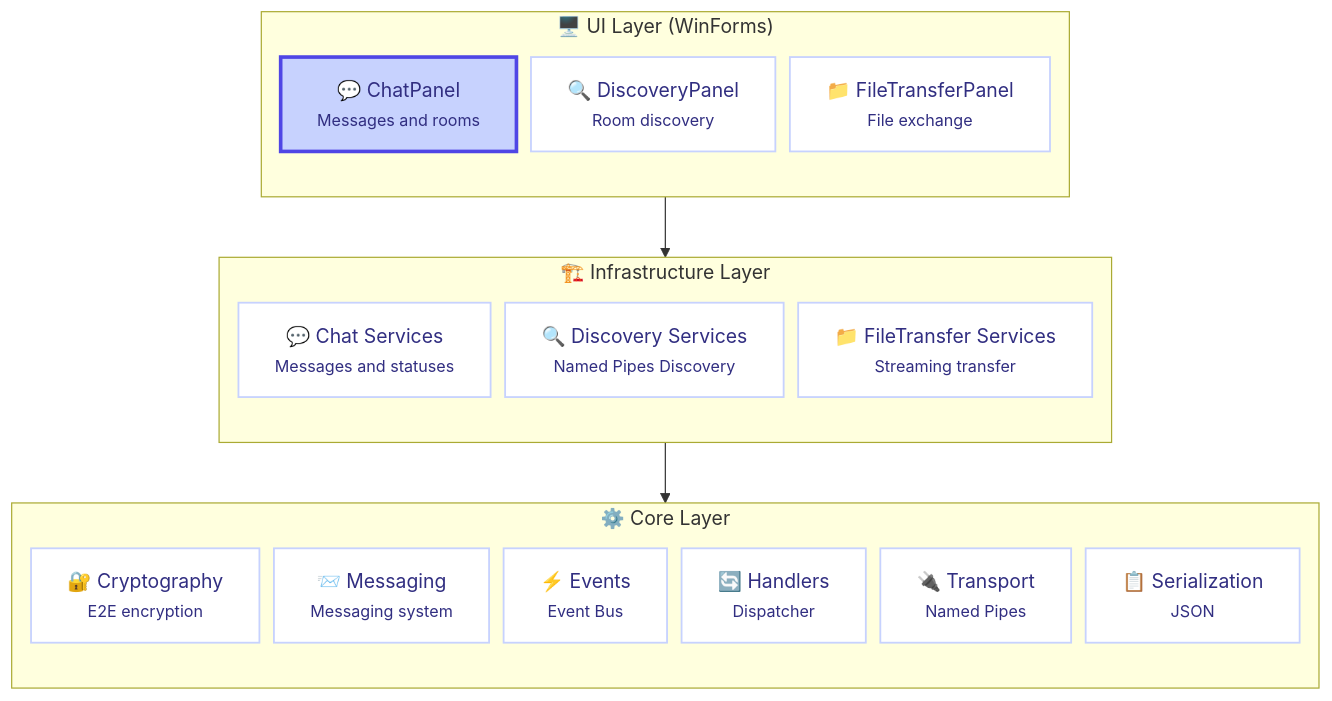
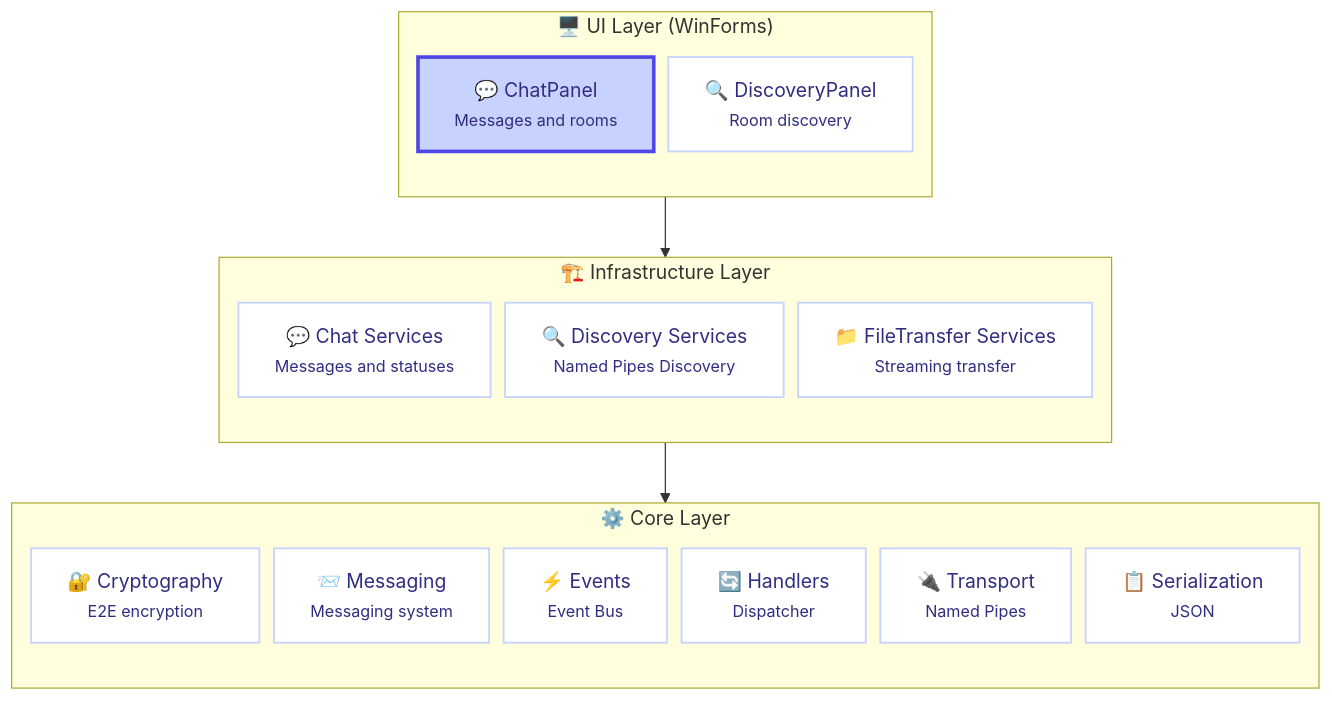
The first of 3 diagrams in README.md (CasCadeVR/MIN), drawn with Mermaid before and after one commit. The commit also changed other lines of this file and 1 other file, not shown here.

Commit message:
review fixes

````diff
--- a/README.md
+++ b/README.md
@@ -48,42 +48,41 @@
 ```mermaid
 flowchart TB
     %%{init: {'flowchart': {'nodeSpacing': 12}}}%%
     classDef uiLayer fill:#dbeafe,stroke:#3b82f6,stroke-width:2px,color:#1e40af
     classDef infraLayer fill:#e0e7ff,stroke:#4f46e5,stroke-width:2px,color:#3730a3
     classDef coreLayer fill:#ede9fe,stroke:#7c3aed,stroke-width:2px,color:#5b21b6
     classDef component fill:#ffffff,stroke:#c7d2fe,stroke-width:1.5px,color:#312e81
     classDef highlight fill:#c7d2fe,stroke:#4f46e5,stroke-width:3px,color:#312e81
     
     subgraph UI["🖥️ UI Layer (WinForms)"]
         direction TB
         A["💬 ChatPanel<br><small>Messages and rooms</small>"]
         B["🔍 DiscoveryPanel<br><small>Room discovery</small>"]
-        C["📁 FileTransferPanel<br><small>File exchange</small>"]
     end
     
     subgraph INF["🏗️ Infrastructure Layer"]
         direction TB
-        D["💬 Chat Services<br><small>Messages and statuses</small>"]
-        E["🔍 Discovery Services<br><small>Named Pipes Discovery</small>"]
-        F["📁 FileTransfer Services<br><small>Streaming transfer</small>"]
+        C["💬 Chat Services<br><small>Messages and statuses</small>"]
+        D["🔍 Discovery Services<br><small>Named Pipes Discovery</small>"]
+        E["📁 FileTransfer Services<br><small>Streaming transfer</small>"]
     end
     
     subgraph CORE["⚙️ Core Layer"]
         direction TB
-        G["🔐 Cryptography<br><small>E2E encryption</small>"]
-        H["📨 Messaging<br><small>Messaging system</small>"]
-        I["⚡ Events<br><small>Event Bus</small>"]
-        J["🔄 Handlers<br><small>Dispatcher</small>"]
-        K["🔌 Transport<br><small>Named Pipes</small>"]
-        L["📋 Serialization<br><small>JSON</small>"]
+        F["🔐 Cryptography<br><small>E2E encryption</small>"]
+        G["📨 Messaging<br><small>Messaging system</small>"]
+        H["⚡ Events<br><small>Event Bus</small>"]
+        I["🔄 Handlers<br><small>Dispatcher</small>"]
+        J["🔌 Transport<br><small>Named Pipes</small>"]
+        K["📋 Serialization<br><small>JSON</small>"]
     end
     
     class A highlight;
-    class B,C,D,E,F,G,H,I,J,K,L component
+    class B,C,D,E,F,G,H,I,J,K component
     class UI uiLayer;
     class INF infraLayer;
     class CORE coreLayer
     
     UI --> INF
     INF --> CORE
 ```
````
